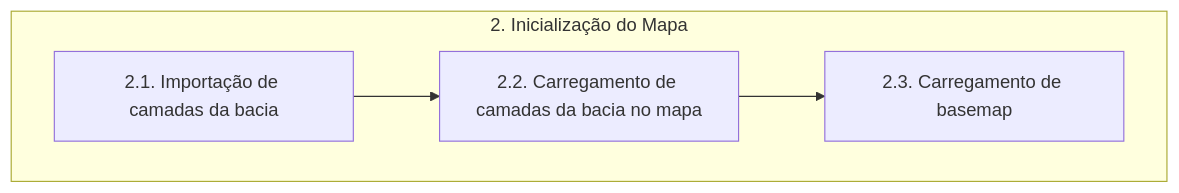
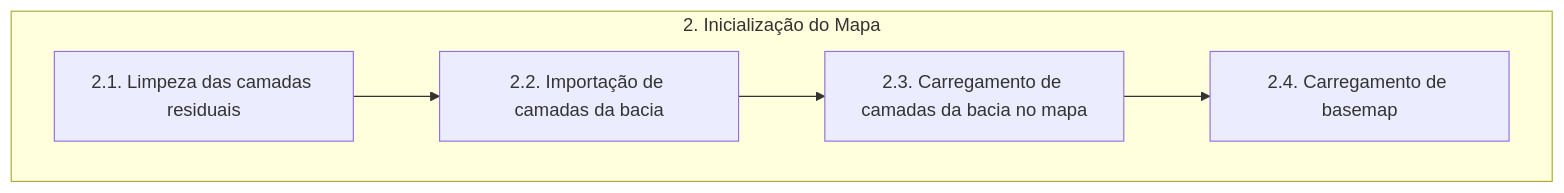
Before and after one commit to brunoguterres/ParaibaHidroGIS: the diagram in pyqgis/2/READ ME.md, drawn with Mermaid. The commit also changed other lines of this file and 3 other files, not shown here.

````diff
--- a/pyqgis/2/READ ME.md
+++ b/pyqgis/2/READ ME.md
@@ -9,7 +9,6 @@
 ```mermaid
     flowchart TD
     subgraph A[2. Inicialização do Mapa]
-        B[2.1. Importação de camadas da bacia] --> C[2.2. Carregamento de camadas da bacia no mapa];
-        C --> D[2.3. Carregamento de basemap]
+        B[2.1. Limpeza das camadas residuais] --> C[2.2. Importação de camadas da bacia] --> D[2.3. Carregamento de camadas da bacia no mapa] --> E[2.4. Carregamento de basemap]
     end
 ```
````
